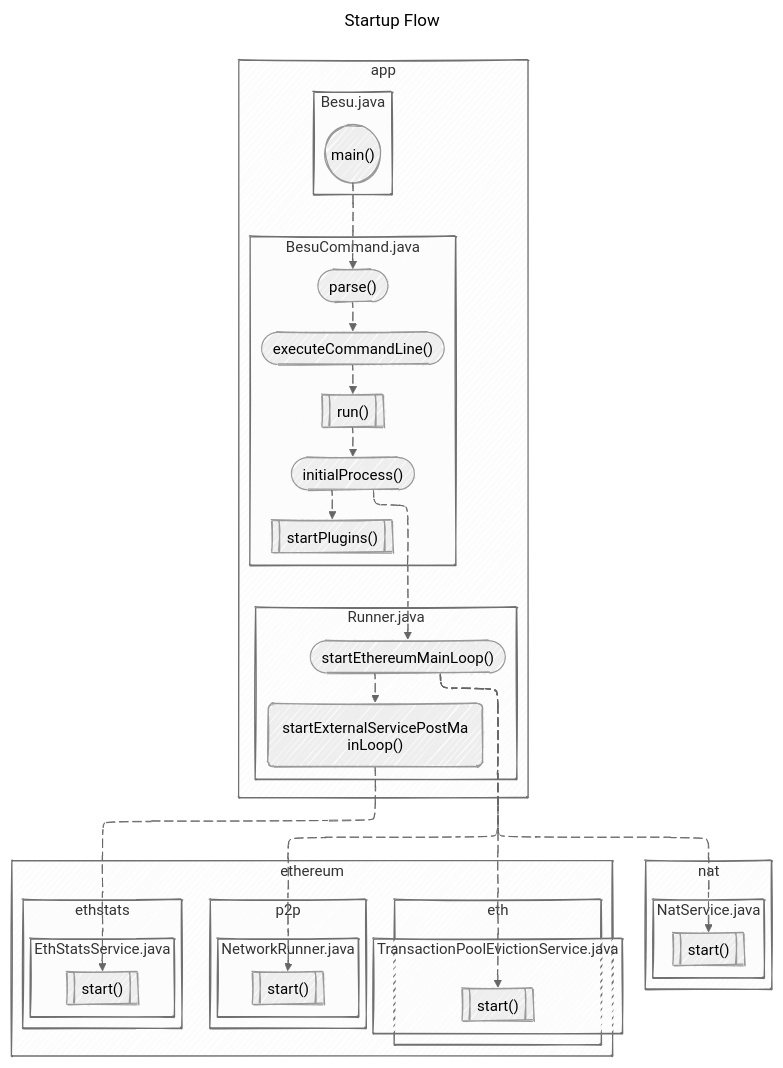
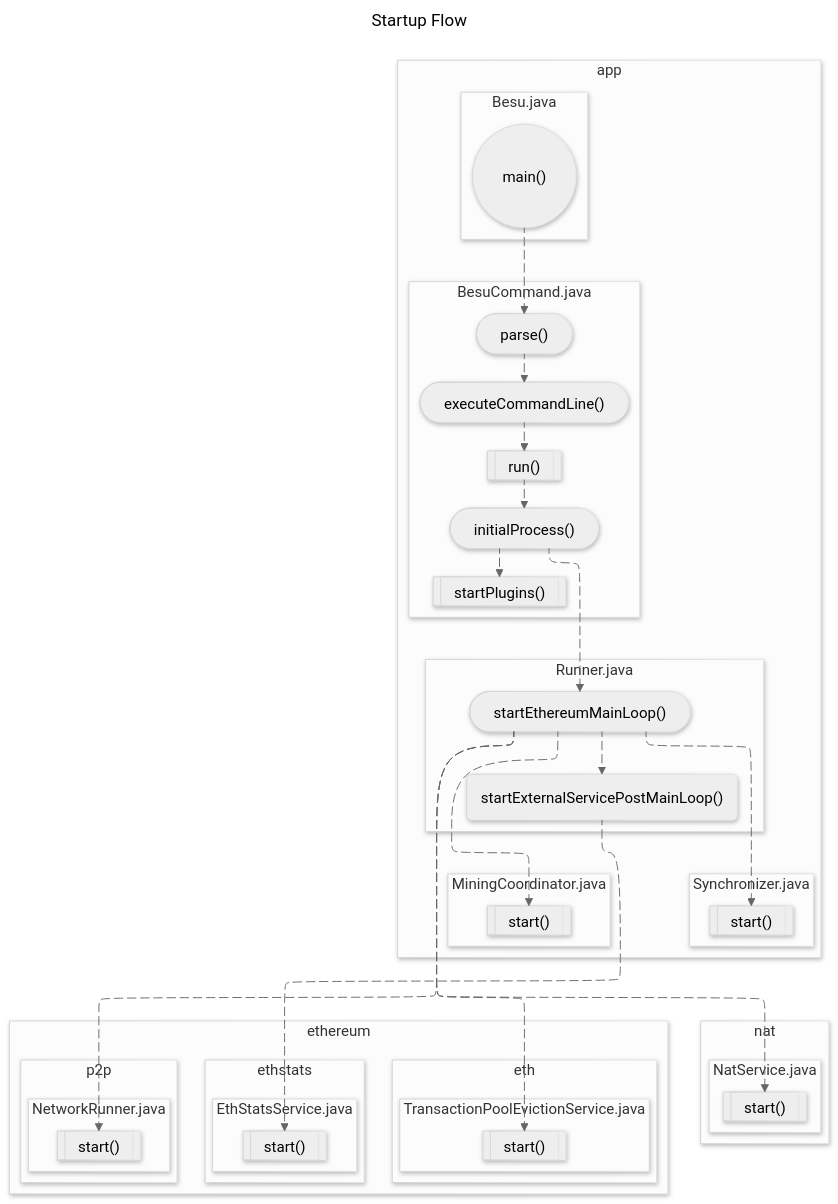
Before and after one commit to mimanshumaheshwari-zeeve/besu-flow-documentation: the diagram in diagrams/startup/BESU-STARTUP-000-birdview.mmd, drawn with Mermaid. The commit also changed 2 other files, not shown here.

```diff
--- a/diagrams/startup/BESU-STARTUP-000-birdview.mmd
+++ b/diagrams/startup/BESU-STARTUP-000-birdview.mmd
@@ -1,88 +1,104 @@
 ---
 title: Startup Flow
 config:
   layout: elk
   htmlLabels: false
   theme: neutral
-  look: handDrawn
+  look: neo
   elk:
     mergeEdges: true
     nodePlacementStrategy: LINEAR_SEGMENTS
     nodePlacementAlignment: BALANCED
     keepEntryNodeOnTop: true
+  flowchart:
+    defaultRenderer : elk
+    wrappingWidth: 350
+    inheritDir: false
 ---
-flowchart 
+flowchart TD
 
   %% nat module %%
   subgraph "nat"
     subgraph "NatService.java"
       nat_start[["`start()`"]]
     end
   end
 
   %% ethereum module %%
   subgraph ethereum 
     %% p2p module %%
     subgraph p2p 
       subgraph "NetworkRunner.java"
         networkrunner_start[["`start()`"]]
       end
     end
     subgraph "eth"
       subgraph "TransactionPoolEvictionService.java"
         transactionPoolEvictionService_start[["`start()`"]]
       end
     end
     subgraph "ethstats"
       subgraph "EthStatsService.java"
         ethstatsservece_start[["`start()`"]]
       end
     end
   end
 
   %% app module %%
   subgraph "app"
 
     subgraph "Besu.java"
       main(("`main()`"))
     end
 
+    subgraph "Runner.java"
+      startEthereumMainLoop(["`startEthereumMainLoop()`"])
+      startExternalServicePostMainLoop("`startExternalServicePostMainLoop()`")
+      startEthereumMainLoop e6@--> startExternalServicePostMainLoop
+    end
+
+    subgraph "MiningCoordinator.java"
+      mining_coordinator_start[["`start()`"]]
+    end
+
+    subgraph "Synchronizer.java"
+      synchronizer_start[["`start()`"]]
+    end
+
     subgraph BesuCommand.java 
       initialProcess(["`initialProcess()`"])
       parse(["`parse()`"])
       executeCommandLine(["`executeCommandLine()`"])
       run[["`run()`"]]
       startPlugins[["`startPlugins()`"]]
 
       parse e2@--> executeCommandLine
       executeCommandLine e3@--> run
       run e4@--> initialProcess
       initialProcess e11@--> startPlugins
     end
 
-    subgraph "Runner.java"
-      startEthereumMainLoop(["`startEthereumMainLoop()`"])
-      startExternalServicePostMainLoop("`startExternalServicePostMainLoop()`")
-
-      startEthereumMainLoop e6@--> startExternalServicePostMainLoop
-    end
     main e1@--> parse
     initialProcess e5@--> startEthereumMainLoop
     startEthereumMainLoop e9@--> nat_start
     startEthereumMainLoop e7@--> networkrunner_start
     startEthereumMainLoop e8@--> transactionPoolEvictionService_start
     startExternalServicePostMainLoop e10@--> ethstatsservece_start
+    startEthereumMainLoop e12@--> mining_coordinator_start
+    startEthereumMainLoop e13@--> synchronizer_start
   end
 
 %% animate edges %%
 e1@{animate : true}
 e2@{animate : true}
 e3@{animate : true}
 e4@{animate : true}
 e5@{animate : true}
 e6@{animate : true}
 e7@{animate : true}
 e8@{animate : true}
 e9@{animate : true}
 e10@{animate : true}
 e11@{animate : true}
+e12@{animate : true}
+e13@{animate : true}
```
